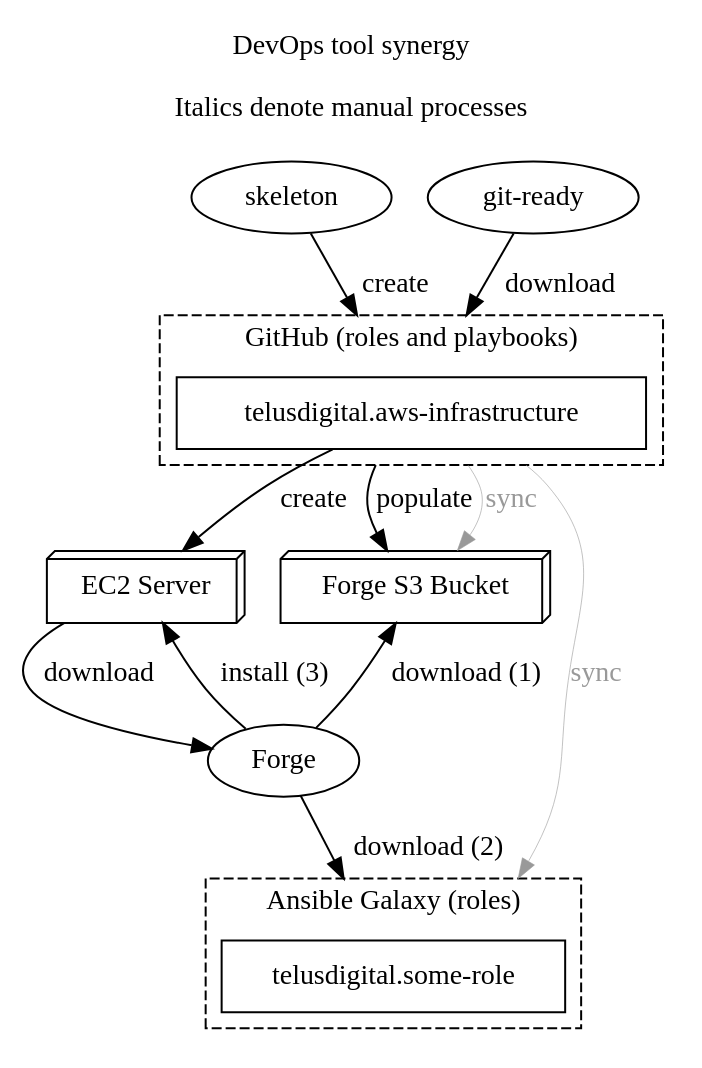
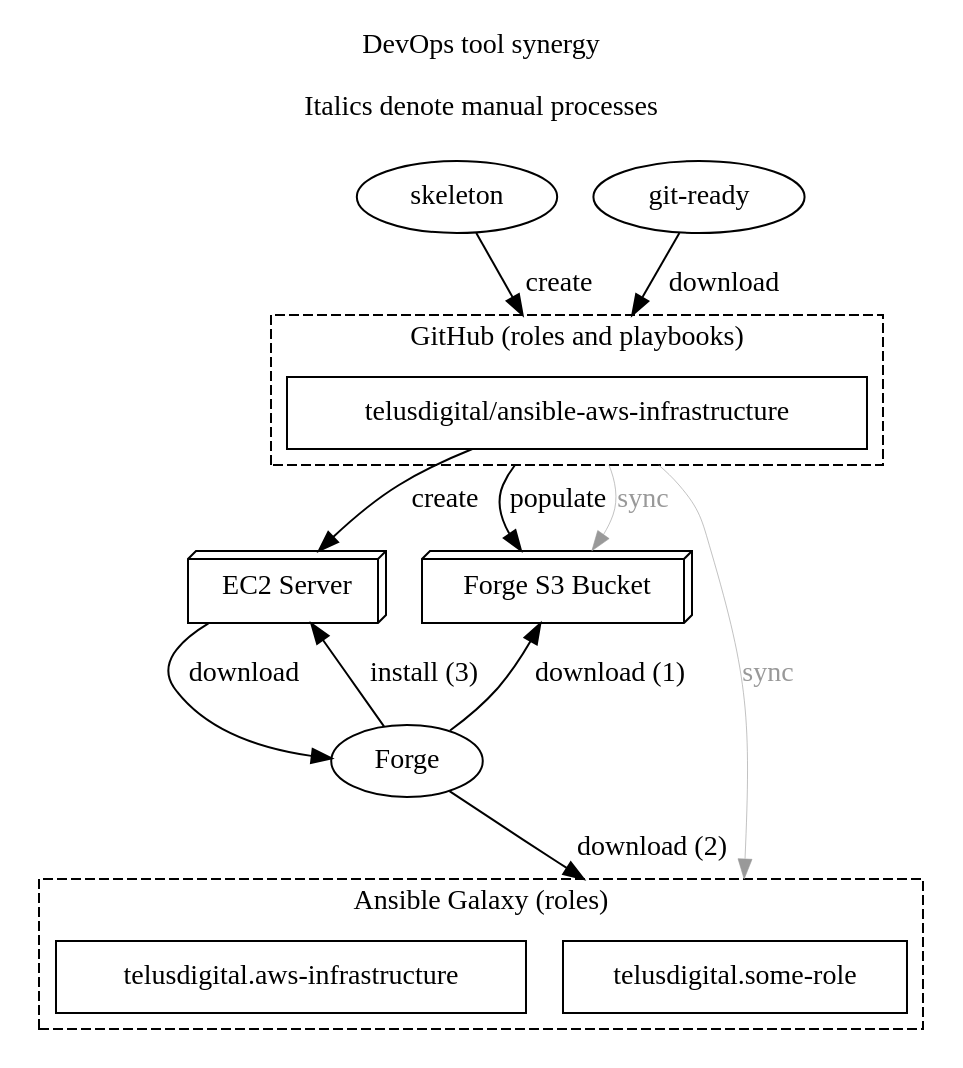
One commit to noqcks/noob-101 changed the diagram in content/synergy.dot. Above: the diagram before and after it, drawn with Graphviz. The commit also changed 2 other files, not shown here.

```diff
--- a/content/synergy.dot
+++ b/content/synergy.dot
@@ -1,37 +1,38 @@
 digraph architecture {
   label="DevOps tool synergy\n\nItalics denote manual processes\n "
   labelloc="top"
   compound="true"
 
   skeleton [label="skeleton"]
   git [label="git-ready"]
   ec2 [label="EC2 Server",shape="box3d"]
   s3 [label="Forge S3 Bucket",shape="box3d"]
   forge [label="Forge"]
 
   subgraph cluster_github {
     label="GitHub (roles and playbooks)"
     style="dashed"
-    infrastructure [label="telusdigital.aws-infrastructure",shape="box"]
+    infrastructure [label="telusdigital/ansible-aws-infrastructure",shape="box"]
   }
 
   subgraph cluster_galaxy {
     label="Ansible Galaxy (roles)"
     style="dashed"
     roles [label="telusdigital.some-role",shape="box"]
+    galaxy_infrastructure [label="telusdigital.aws-infrastructure",shape="box"]
   }
 
   skeleton->infrastructure [label="create",lhead="cluster_github"]
   git->infrastructure [label="download",lhead="cluster_github"]
   infrastructure->ec2 [label="create"]
   ec2->forge [label="download"]
   infrastructure->s3 [label=" populate ",fontname="times italic",ltail="cluster_github"]
   forge->s3 [label="download (1)"]
   forge->roles [label="download (2)",lhead="cluster_galaxy"]
   forge->ec2 [label="install (3)"]
 
   infrastructure->roles [label="sync",fontname="times italic",ltail="cluster_github",lhead="cluster_galaxy",penwidth=0.3,color="#999999",fontcolor="#999999"]
   infrastructure->s3 [label=" sync",fontname="times italic",ltail="cluster_github",penwidth=0.3,color="#999999",fontcolor="#999999"]
 
   { rank=same; ec2 s3 }
 }
```
